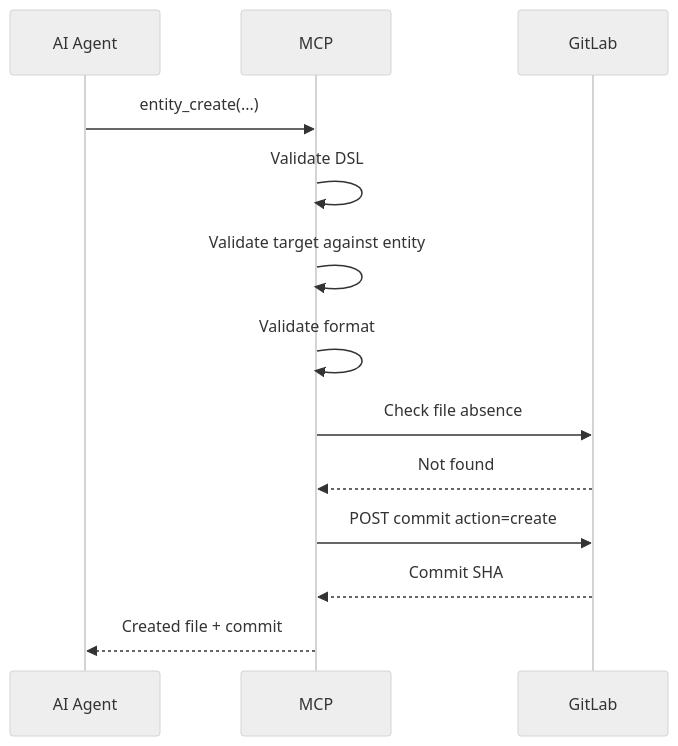
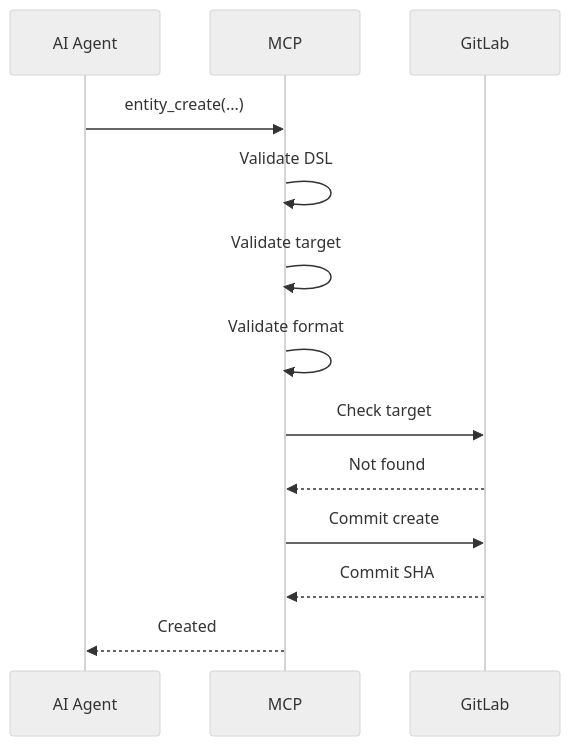
Before and after one commit to SkySai1/ArchRepoMCP: the sixth of 15 diagrams in AGENTS.md, drawn with Mermaid (neutral theme). The commit also changed other lines of this file, not shown here.

````diff
--- a/AGENTS.md
+++ b/AGENTS.md
@@ -874,16 +1147,16 @@
 ```mermaid
 sequenceDiagram
     participant A as AI Agent
     participant M as MCP
     participant G as GitLab
 
     A->>M: entity_create(...)
     M->>M: Validate DSL
-    M->>M: Validate target against entity
+    M->>M: Validate target
     M->>M: Validate format
-    M->>G: Check file absence
+    M->>G: Check target
     G-->>M: Not found
-    M->>G: POST commit action=create
+    M->>G: Commit create
     G-->>M: Commit SHA
-    M-->>A: Created file + commit
+    M-->>A: Created
 ```
````
